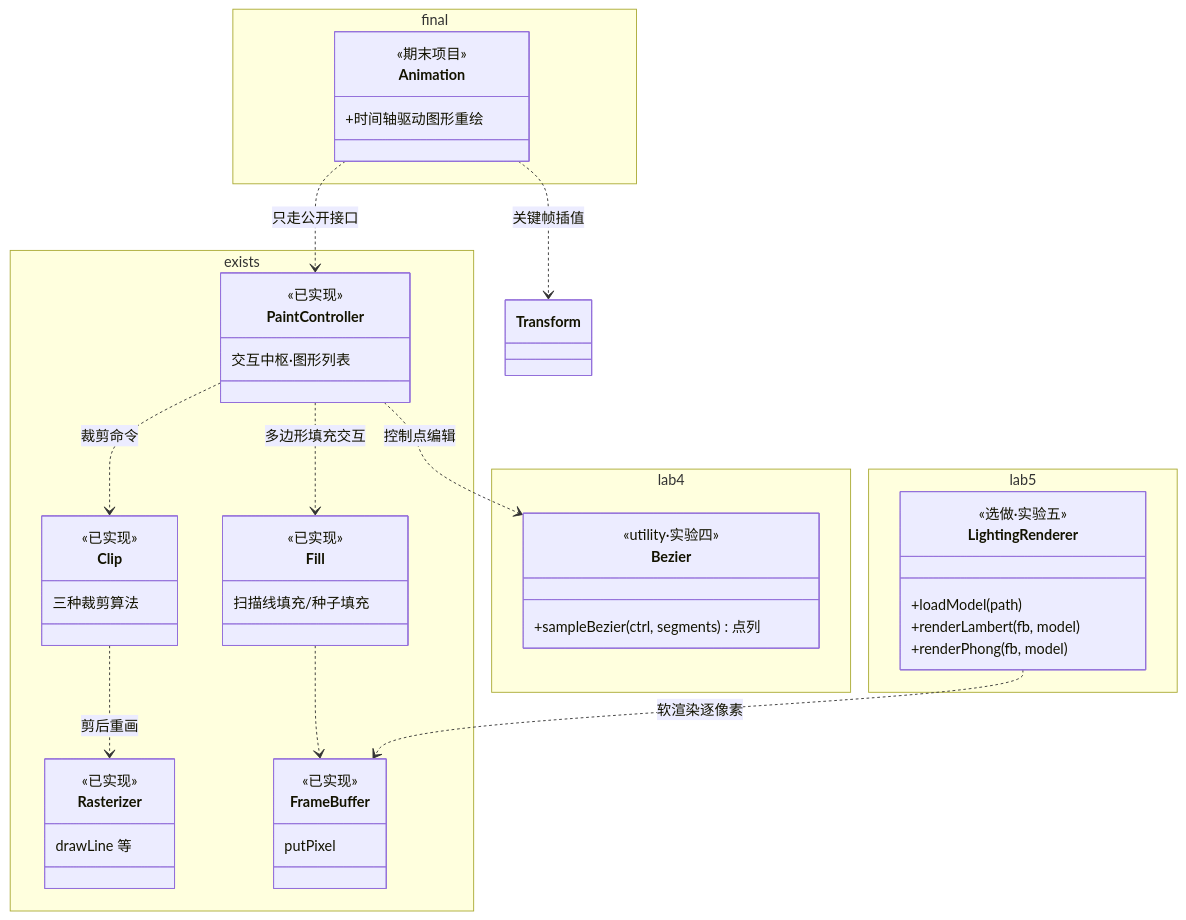
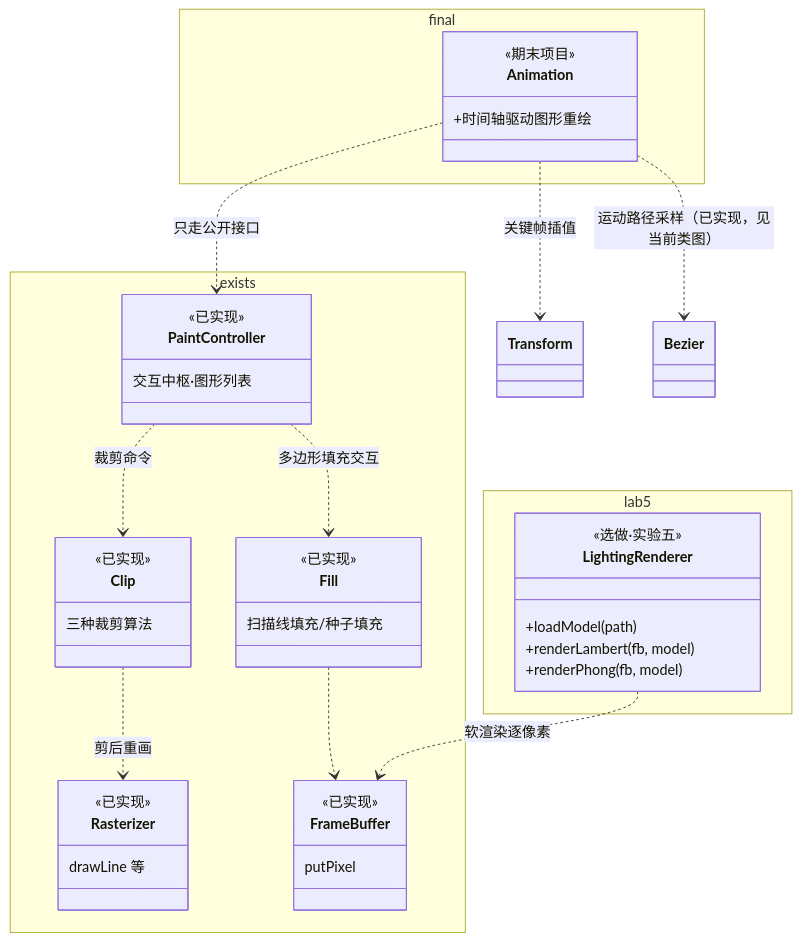
One commit to zmdld11/SHU-Computer-Graphics changed the third of 3 diagrams in docs/架构设计.md. Above: the diagram before and after it, drawn with Mermaid. The commit also changed other lines of this file and 12 other files, not shown here.

First line of the commit message:
feat: 实验四——n 阶 Bezier 曲线（de Casteljau）+ 挑战题 n 阶 B 样条 (#46 #47) (#48)

````diff
--- a/docs/架构设计.md
+++ b/docs/架构设计.md
@@ -232,59 +266,52 @@
 ```mermaid
 classDiagram
     direction TB
 
     namespace exists {
         class PaintController {
             <<已实现>>
             交互中枢·图形列表
         }
         class Rasterizer {
             <<已实现>>
             drawLine 等
         }
         class Fill {
             <<已实现>>
             扫描线填充/种子填充
         }
         class Clip {
             <<已实现>>
             三种裁剪算法
         }
         class FrameBuffer {
             <<已实现>>
             putPixel
         }
     }
 
-    namespace lab4 {
-        class Bezier {
-            <<utility·实验四>>
-            +sampleBezier(ctrl, segments) 点列
-        }
-    }
-
     namespace lab5 {
         class LightingRenderer {
             <<选做·实验五>>
             +loadModel(path)
             +renderLambert(fb, model)
             +renderPhong(fb, model)
         }
     }
 
     namespace final {
         class Animation {
             <<期末项目>>
             +时间轴驱动图形重绘
         }
     }
 
     PaintController ..> Fill : 多边形填充交互
     PaintController ..> Clip : 裁剪命令
     Fill ..> FrameBuffer
     Clip ..> Rasterizer : 剪后重画
-    PaintController ..> Bezier : 控制点编辑
     LightingRenderer ..> FrameBuffer : 软渲染逐像素
     Animation ..> PaintController : 只走公开接口
     Animation ..> Transform : 关键帧插值
+    Animation ..> Bezier : 运动路径采样（已实现，见当前类图）
 ```
````
